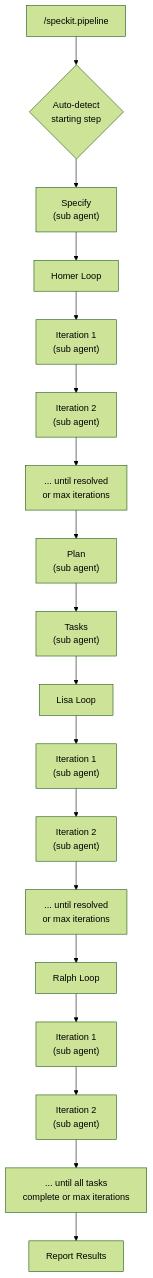
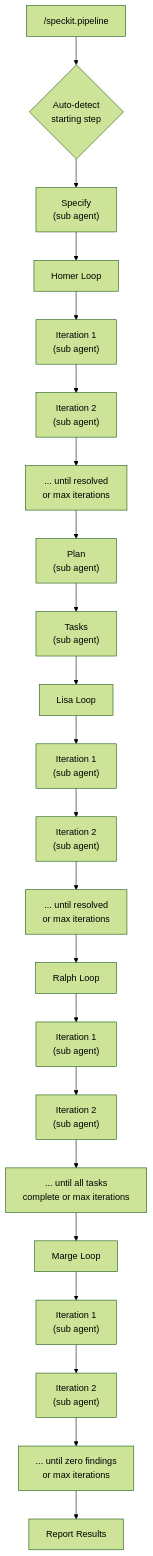
One commit to jnhuynh/spec-kit-simpsons-loops changed the first of 2 diagrams in README.md. Above: the diagram before and after it, drawn with Mermaid (forest theme). The commit also changed other lines of this file and 12 other files, not shown here.

````diff
--- a/README.md
+++ b/README.md
@@ -26,20 +27,24 @@
 ```mermaid
 flowchart TD
     A["/speckit.pipeline"] --> B{Auto-detect\nstarting step}
     B --> C["Specify\n(sub agent)"]
     C --> D["Homer Loop"]
     D --> D1["Iteration 1\n(sub agent)"]
     D1 --> D2["Iteration 2\n(sub agent)"]
     D2 --> D3["... until resolved\nor max iterations"]
     D3 --> E["Plan\n(sub agent)"]
     E --> F["Tasks\n(sub agent)"]
     F --> G["Lisa Loop"]
     G --> G1["Iteration 1\n(sub agent)"]
     G1 --> G2["Iteration 2\n(sub agent)"]
     G2 --> G3["... until resolved\nor max iterations"]
     G3 --> H["Ralph Loop"]
     H --> H1["Iteration 1\n(sub agent)"]
     H1 --> H2["Iteration 2\n(sub agent)"]
     H2 --> H3["... until all tasks\ncomplete or max iterations"]
-    H3 --> I["Report Results"]
+    H3 --> M["Marge Loop"]
+    M --> M1["Iteration 1\n(sub agent)"]
+    M1 --> M2["Iteration 2\n(sub agent)"]
+    M2 --> M3["... until zero findings\nor max iterations"]
+    M3 --> I["Report Results"]
 ```
````
